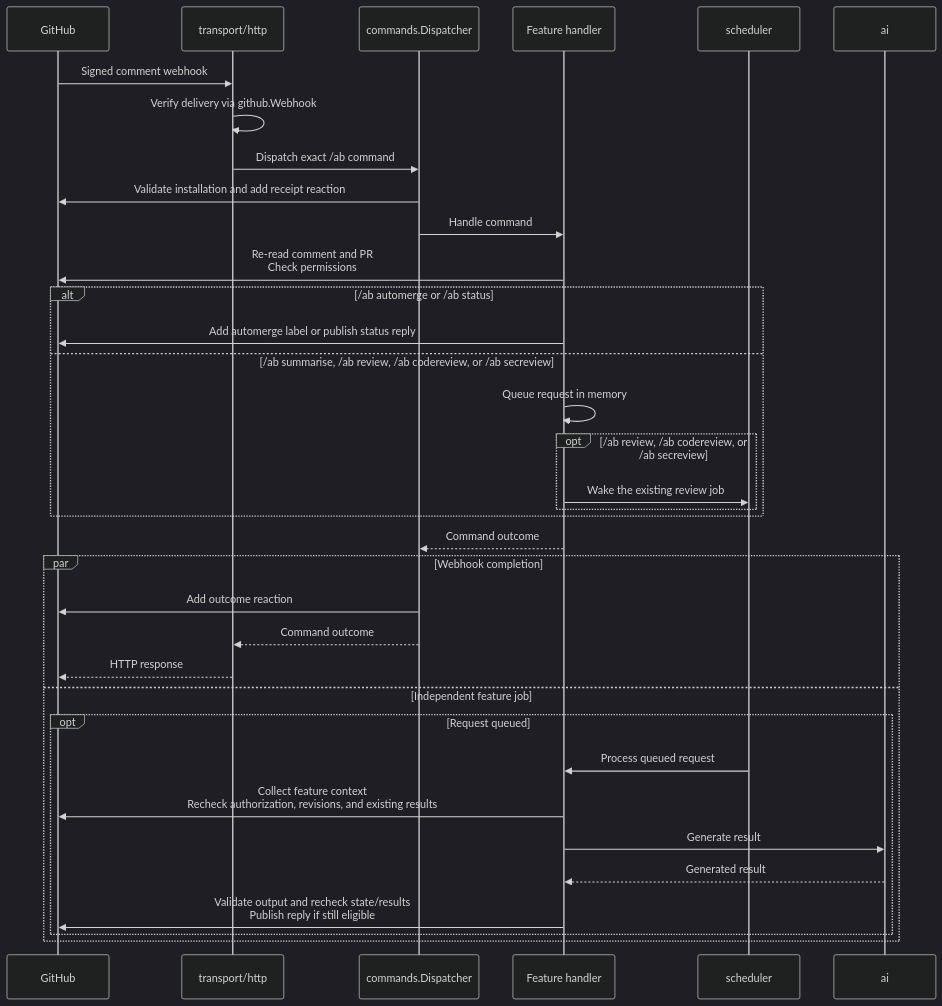
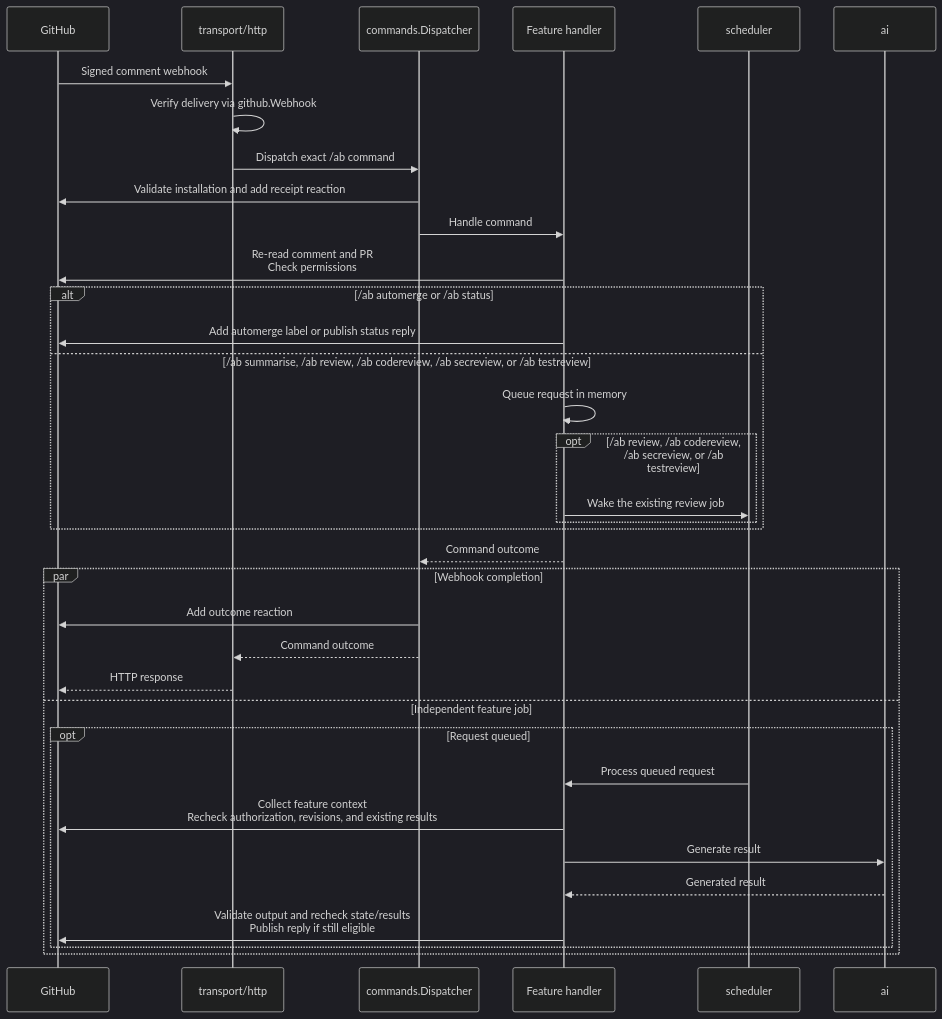
The second of 2 diagrams in docs/design.md (alexfalkowski/abgleich), drawn with Mermaid (dark theme) before and after one commit. The commit also changed other lines of this file and 40 other files, not shown here.

````diff
--- a/docs/design.md
+++ b/docs/design.md
@@ -84,37 +85,37 @@
 ```mermaid
 sequenceDiagram
     participant G as GitHub
     participant H as transport/http
     participant D as commands.Dispatcher
     participant F as Feature handler
     participant S as scheduler
     participant A as ai
     G->>H: Signed comment webhook
     H->>H: Verify delivery via github.Webhook
     H->>D: Dispatch exact /ab command
     D->>G: Validate installation and add receipt reaction
     D->>F: Handle command
     F->>G: Re-read comment and PR<br/>Check permissions
     alt /ab automerge or /ab status
         F->>G: Add automerge label or publish status reply
-    else /ab summarise, /ab review, /ab codereview, or /ab secreview
+    else /ab summarise, /ab review, /ab codereview, /ab secreview, or /ab testreview
         F->>F: Queue request in memory
-        opt /ab review, /ab codereview, or /ab secreview
+        opt /ab review, /ab codereview, /ab secreview, or /ab testreview
             F->>S: Wake the existing review job
         end
     end
     F-->>D: Command outcome
     par Webhook completion
         D->>G: Add outcome reaction
         D-->>H: Command outcome
         H-->>G: HTTP response
     and Independent feature job
         opt Request queued
             S->>F: Process queued request
             F->>G: Collect feature context<br/>Recheck authorization, revisions, and existing results
             F->>A: Generate result
             A-->>F: Generated result
             F->>G: Validate output and recheck state/results<br/>Publish reply if still eligible
         end
     end
 ```
````
